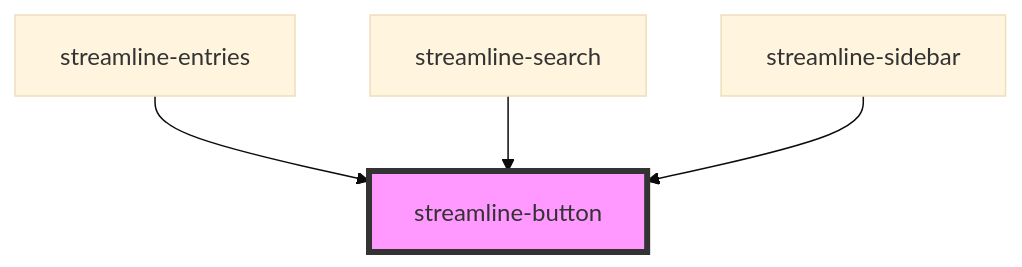
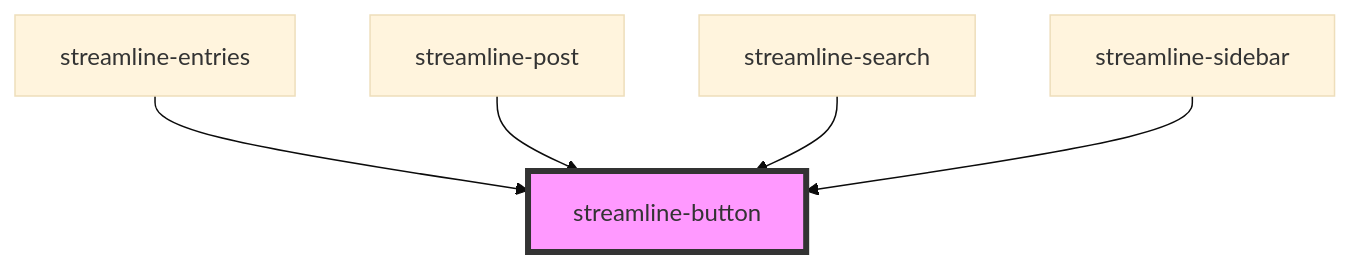
Before and after one commit to dnnsjsk/streamline: the diagram in stencil/src/components/streamline-button/readme.md, drawn with Mermaid (base theme). The commit also changed other lines of this file and 44 other files, not shown here.

````diff
--- a/stencil/src/components/streamline-button/readme.md
+++ b/stencil/src/components/streamline-button/readme.md
@@ -35,7 +37,8 @@
 ```mermaid
 graph TD;
   streamline-entries --> streamline-button
+  streamline-post --> streamline-button
   streamline-search --> streamline-button
   streamline-sidebar --> streamline-button
   style streamline-button fill:#f9f,stroke:#333,stroke-width:4px
 ```
````
